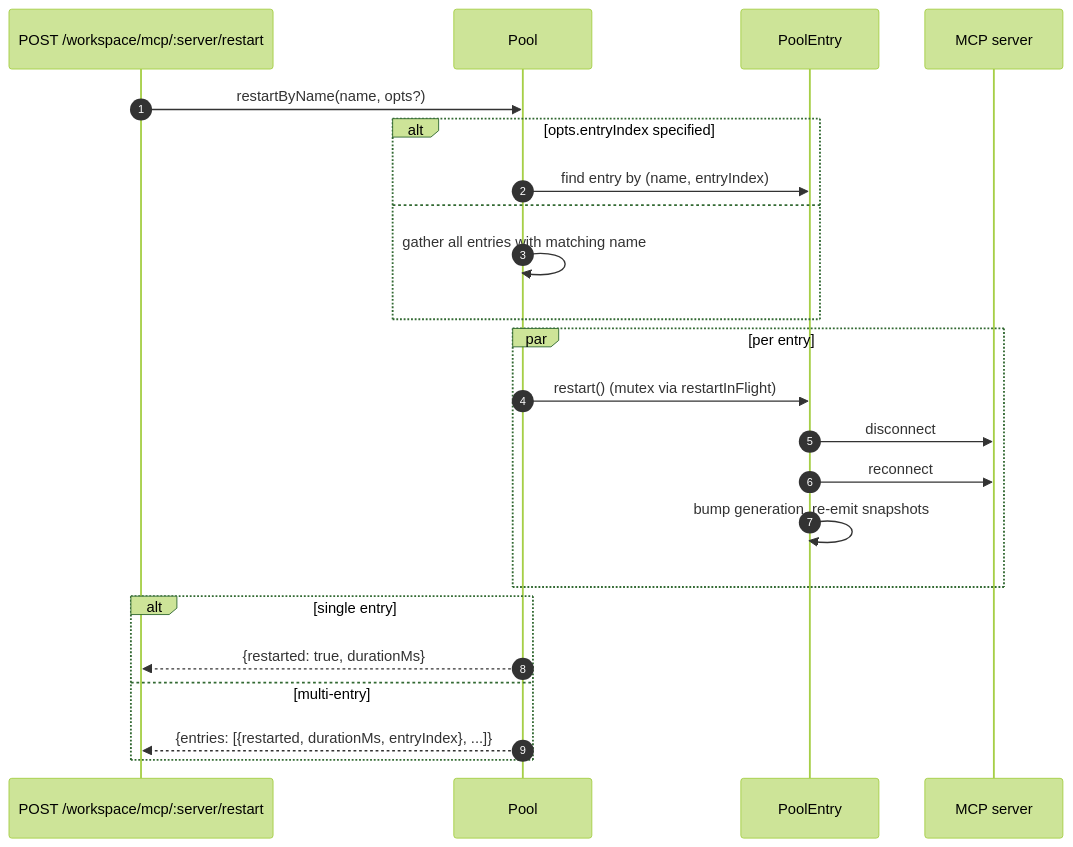
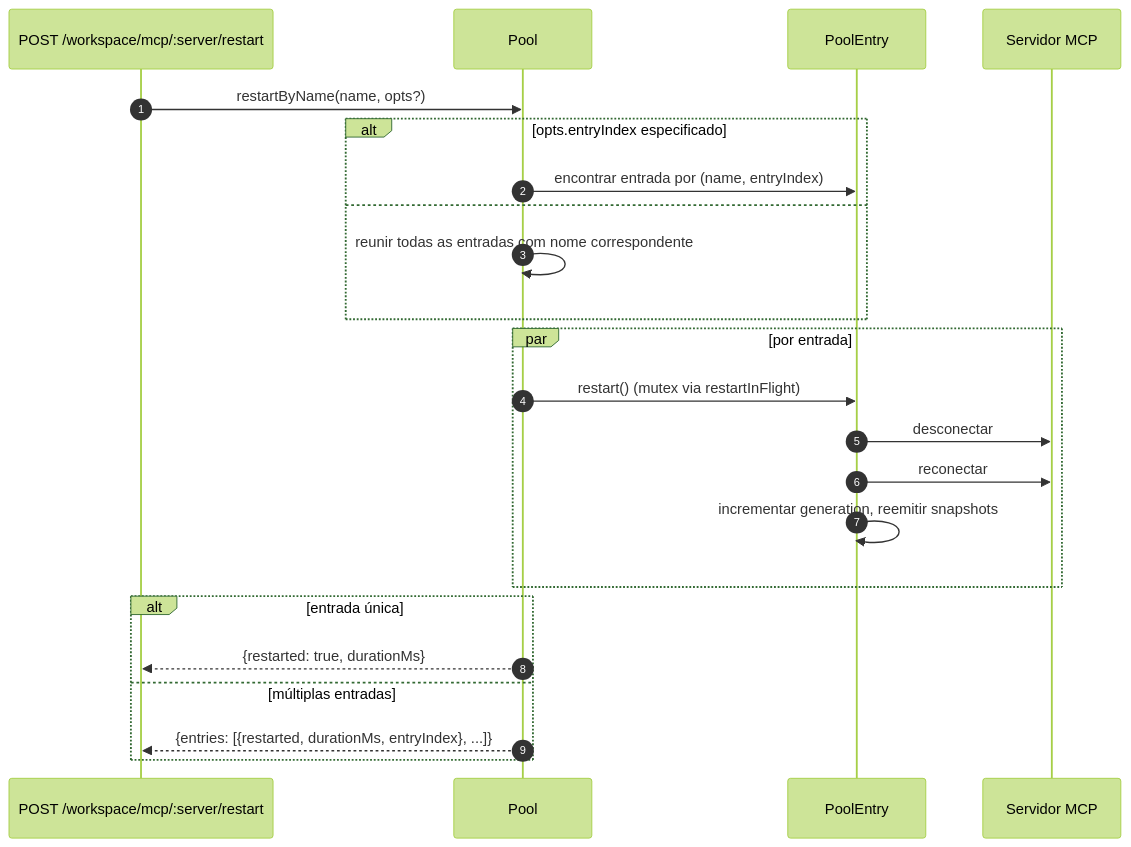
One commit to QwenLM/qwen-code-docs changed the third of 4 diagrams in website/content/pt-BR/developers/daemon/05-mcp-transport-pool.md. Above: the diagram before and after it, drawn with Mermaid (forest theme). The commit also changed other lines of this file and 1077 other files, not shown here.

````diff
--- a/website/content/pt-BR/developers/daemon/05-mcp-transport-pool.md
+++ b/website/content/pt-BR/developers/daemon/05-mcp-transport-pool.md
@@ -174,26 +175,26 @@
 ```mermaid
 sequenceDiagram
     autonumber
     participant Op as POST /workspace/mcp/:server/restart
     participant P as Pool
     participant E as PoolEntry
-    participant SRV as MCP server
+    participant SRV as Servidor MCP
 
     Op->>P: restartByName(name, opts?)
-    alt opts.entryIndex specified
-        P->>E: find entry by (name, entryIndex)
+    alt opts.entryIndex especificado
+        P->>E: encontrar entrada por (name, entryIndex)
     else
-        P->>P: gather all entries with matching name
+        P->>P: reunir todas as entradas com nome correspondente
     end
-    par per entry
+    par por entrada
         P->>E: restart() (mutex via restartInFlight)
-        E->>SRV: disconnect
-        E->>SRV: reconnect
-        E->>E: bump generation, re-emit snapshots
+        E->>SRV: desconectar
+        E->>SRV: reconectar
+        E->>E: incrementar generation, reemitir snapshots
     end
-    alt single entry
+    alt entrada única
         P-->>Op: {restarted: true, durationMs}
-    else multi-entry
+    else múltiplas entradas
         P-->>Op: {entries: [{restarted, durationMs, entryIndex}, ...]}
     end
 ```
````
